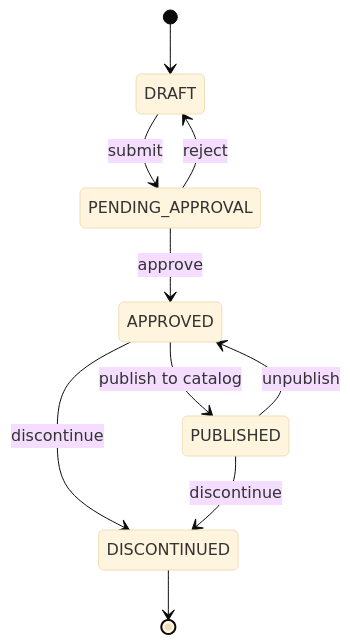
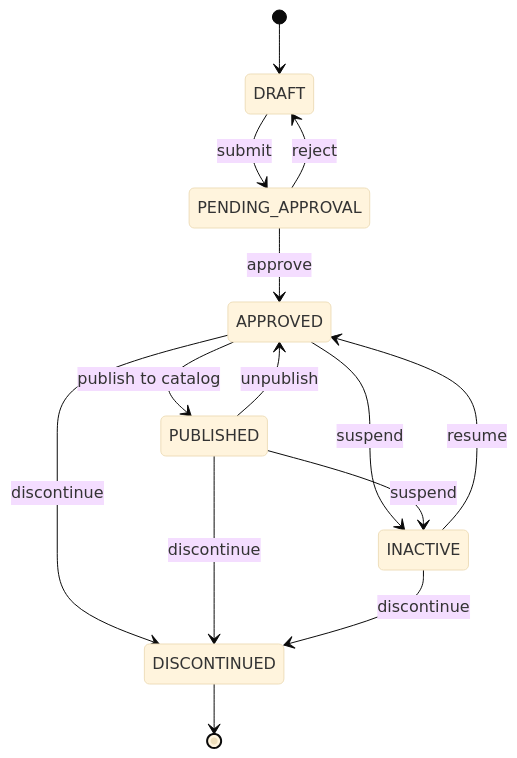
The first of 18 diagrams in docs/business-design/03-state-machines.md (KLTN-FA26/be-backoffice-stockflow-commerce), drawn with Mermaid (base theme) before and after one commit. The commit also changed other lines of this file and 71 other files, not shown here.

````diff
--- a/docs/business-design/03-state-machines.md
+++ b/docs/business-design/03-state-machines.md
@@ -20,12 +20,16 @@
 ```mermaid
 stateDiagram-v2
     [*] --> DRAFT
     DRAFT --> PENDING_APPROVAL: submit
     PENDING_APPROVAL --> DRAFT: reject
     PENDING_APPROVAL --> APPROVED: approve
     APPROVED --> PUBLISHED: publish to catalog
     PUBLISHED --> APPROVED: unpublish
+    APPROVED --> INACTIVE: suspend
+    PUBLISHED --> INACTIVE: suspend
+    INACTIVE --> APPROVED: resume
     APPROVED --> DISCONTINUED: discontinue
     PUBLISHED --> DISCONTINUED: discontinue
+    INACTIVE --> DISCONTINUED: discontinue
     DISCONTINUED --> [*]
 ```
````
